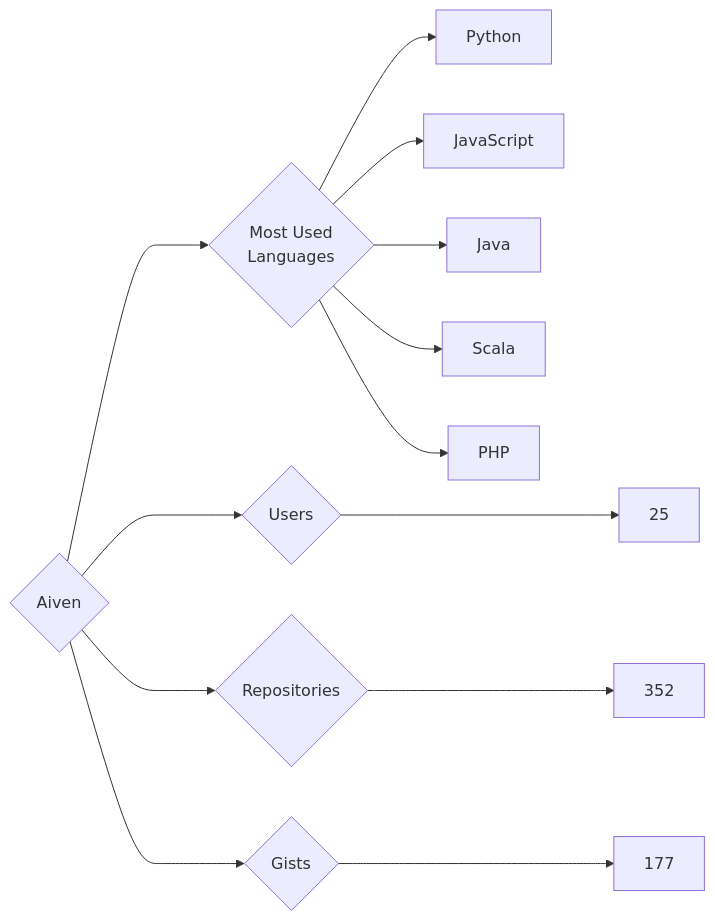
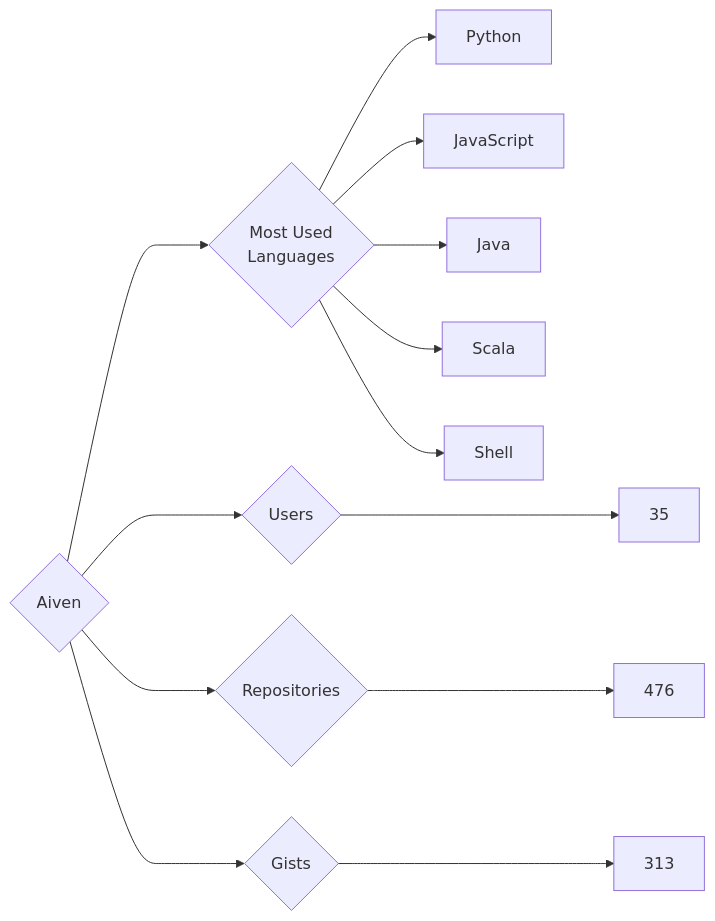
One commit to trickest/insiders changed the diagram in targets/Aiven/README.md. Above: the diagram before and after it, drawn with Mermaid. The commit also changed 786 other files, not shown here.

````diff
--- a/targets/Aiven/README.md
+++ b/targets/Aiven/README.md
@@ -3,13 +3,13 @@
 ```mermaid
 graph LR
 COMPANY_NAME{Aiven}
-COMPANY_NAME ---> U{Users} ---> UN[25]
-COMPANY_NAME ---> R{Repositories} ---> RN[352]
-COMPANY_NAME ---> G{Gists} ---> GN[177]
+COMPANY_NAME ---> U{Users} ---> UN[35]
+COMPANY_NAME ---> R{Repositories} ---> RN[476]
+COMPANY_NAME ---> G{Gists} ---> GN[313]
 COMPANY_NAME ---> ML{Most Used<br>Languages}
 ML --> Python[Python]
 ML --> JavaScript[JavaScript]
 ML --> Java[Java]
 ML --> Scala[Scala]
-ML --> PHP[PHP]
+ML --> Shell[Shell]
 ```
````
